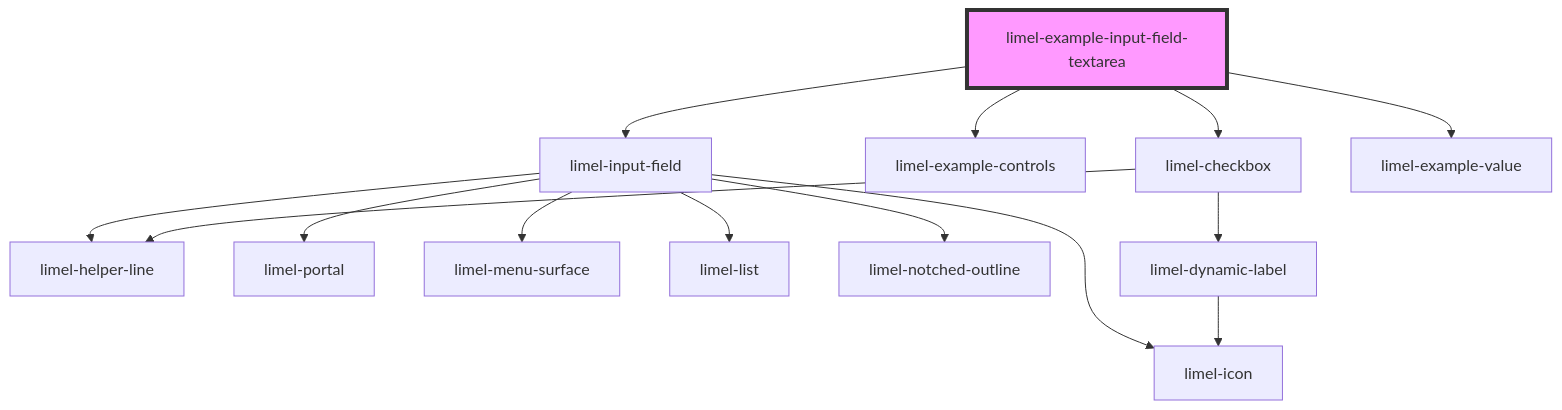
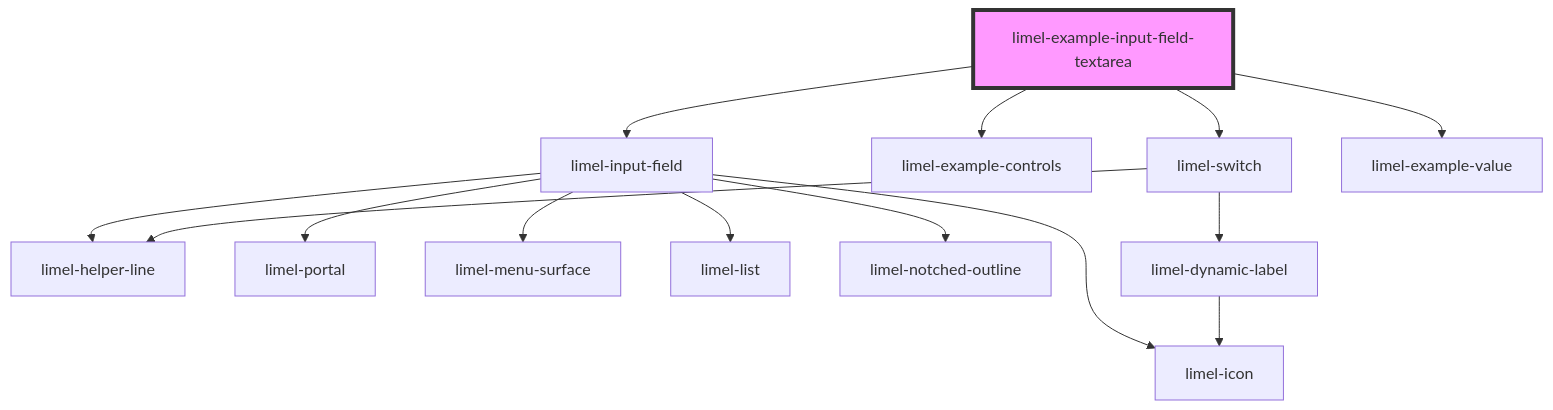
The diagram in versions/PR-3478/markdown-docs/components/input-field/examples/readme.md (Lundalogik/lime-elements), drawn with Mermaid before and after one commit. The commit also changed other lines of this file and 118 other files, not shown here.

````diff
--- a/versions/PR-3478/markdown-docs/components/input-field/examples/readme.md
+++ b/versions/PR-3478/markdown-docs/components/input-field/examples/readme.md
@@ -22,17 +22,17 @@
 ```mermaid
 graph TD;
   limel-example-input-field-textarea --> limel-input-field
   limel-example-input-field-textarea --> limel-example-controls
-  limel-example-input-field-textarea --> limel-checkbox
+  limel-example-input-field-textarea --> limel-switch
   limel-example-input-field-textarea --> limel-example-value
   limel-input-field --> limel-helper-line
   limel-input-field --> limel-icon
   limel-input-field --> limel-portal
   limel-input-field --> limel-menu-surface
   limel-input-field --> limel-list
   limel-input-field --> limel-notched-outline
-  limel-checkbox --> limel-dynamic-label
-  limel-checkbox --> limel-helper-line
+  limel-switch --> limel-helper-line
+  limel-switch --> limel-dynamic-label
   limel-dynamic-label --> limel-icon
   style limel-example-input-field-textarea fill:#f9f,stroke:#333,stroke-width:4px
 ```
````
